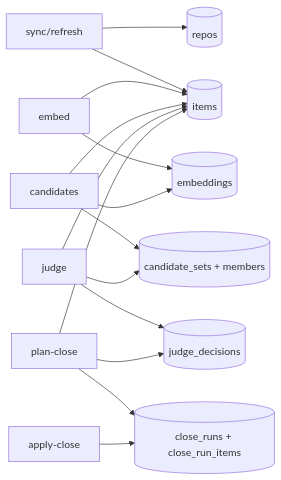
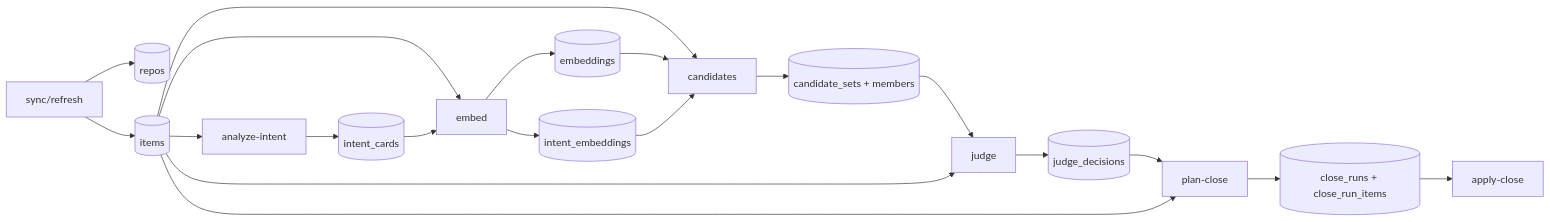
Before and after one commit to sebslight/dupcanon: the fifth of 6 diagrams in docs/architecture.mdx, drawn with Mermaid. The commit also changed other lines of this file and 20 other files, not shown here.

````diff
--- a/docs/architecture.mdx
+++ b/docs/architecture.mdx
@@ -256,22 +286,28 @@
 ```mermaid
 flowchart LR
   SY[sync/refresh] --> REPOS[(repos)]
   SY --> ITEMS[(items)]
 
-  EM[embed] --> ITEMS
+  ITEMS --> AI[analyze-intent]
+  AI --> ICARDS[(intent_cards)]
+
+  ITEMS --> EM[embed]
+  ICARDS --> EM
   EM --> EMBS[(embeddings)]
+  EM --> IEMBS[(intent_embeddings)]
 
-  CA[candidates] --> ITEMS
-  CA --> EMBS
+  ITEMS --> CA[candidates]
+  EMBS --> CA
+  IEMBS --> CA
   CA --> CSETS[(candidate_sets + members)]
 
-  JU[judge] --> CSETS
-  JU --> ITEMS
+  CSETS --> JU[judge]
+  ITEMS --> JU
   JU --> JDEC[(judge_decisions)]
 
-  PL[plan-close] --> JDEC
-  PL --> ITEMS
+  JDEC --> PL[plan-close]
+  ITEMS --> PL
   PL --> CRUN[(close_runs + close_run_items)]
 
-  AP[apply-close] --> CRUN
+  CRUN --> AP[apply-close]
 ```
````
